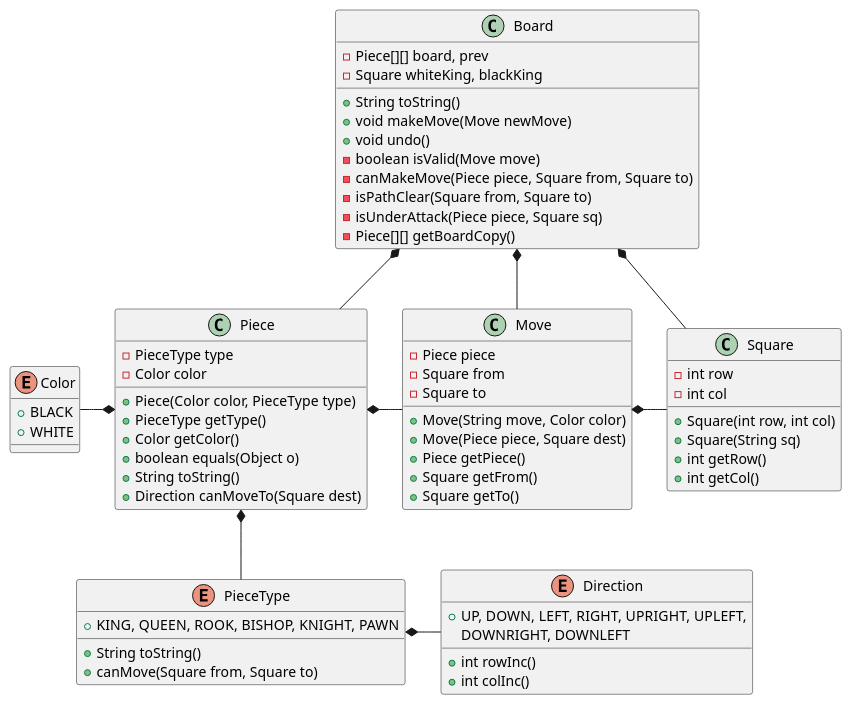
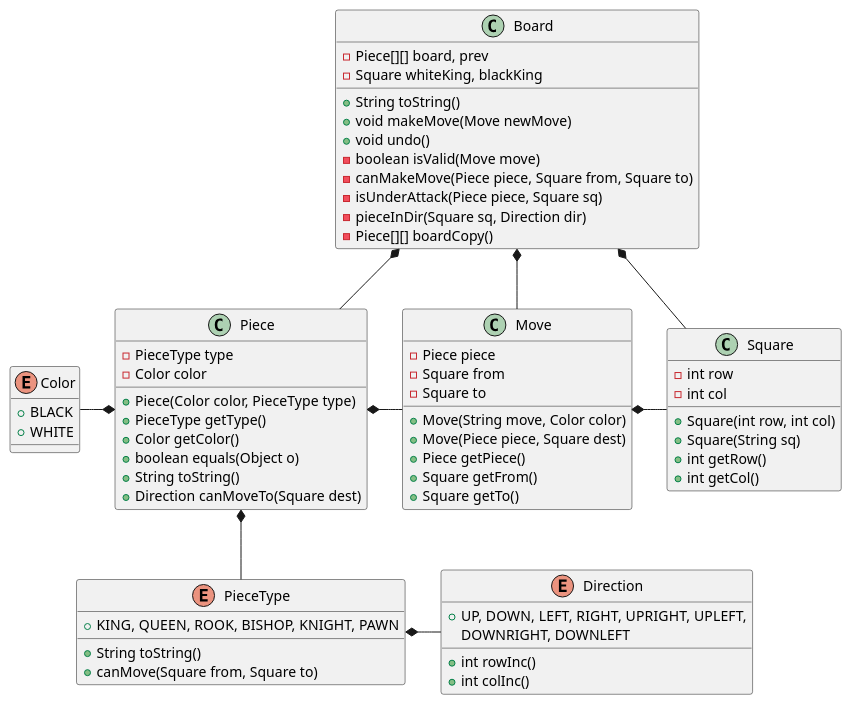
One commit to rodrihern/POO-ITBA changed the diagram in src/Chess/utils/Chess_diagram.puml. Above: the diagram before and after it, drawn with PlantUML. The commit also changed 3 other files, not shown here.

```diff
--- a/src/Chess/utils/Chess_diagram.puml
+++ b/src/Chess/utils/Chess_diagram.puml
@@ -1,75 +1,75 @@
 @startuml
 
 
 class Board {
     -Piece[][] board, prev
     -Square whiteKing, blackKing
     +String toString()
     +void makeMove(Move newMove)
     +void undo()
     -boolean isValid(Move move)
     -canMakeMove(Piece piece, Square from, Square to)
-    -isPathClear(Square from, Square to)
     -isUnderAttack(Piece piece, Square sq)
-    -Piece[][] getBoardCopy()
+    -pieceInDir(Square sq, Direction dir)
+    -Piece[][] boardCopy()
 }
 
 class Piece {
     -PieceType type
     -Color color
     +Piece(Color color, PieceType type)
     +PieceType getType()
     +Color getColor()
     +boolean equals(Object o)
     +String toString()
     +Direction canMoveTo(Square dest)
 }
 
 class Move {
     -Piece piece
     -Square from
     -Square to
     +Move(String move, Color color)
     +Move(Piece piece, Square dest)
     +Piece getPiece()
     +Square getFrom()
     +Square getTo()
 }
 
 class Square {
     -int row
     -int col
     +Square(int row, int col)
     +Square(String sq)
     +int getRow()
     +int getCol()
 }
 
 enum Color {
     +BLACK
     +WHITE
 }
 
 enum Direction {
     +UP, DOWN, LEFT, RIGHT, UPRIGHT, UPLEFT,
     DOWNRIGHT, DOWNLEFT
     +int rowInc()
     +int colInc()
 }
 
 enum PieceType {
     +KING, QUEEN, ROOK, BISHOP, KNIGHT, PAWN
     +String toString()
     +canMove(Square from, Square to)
 }
 
 Board *- Move
 Board *-- Square
 Move *- Square
 Piece *- Move
 Board *-- Piece
 Piece *-- PieceType
 PieceType *- Direction
 Color -* Piece
 
 @enduml
```
